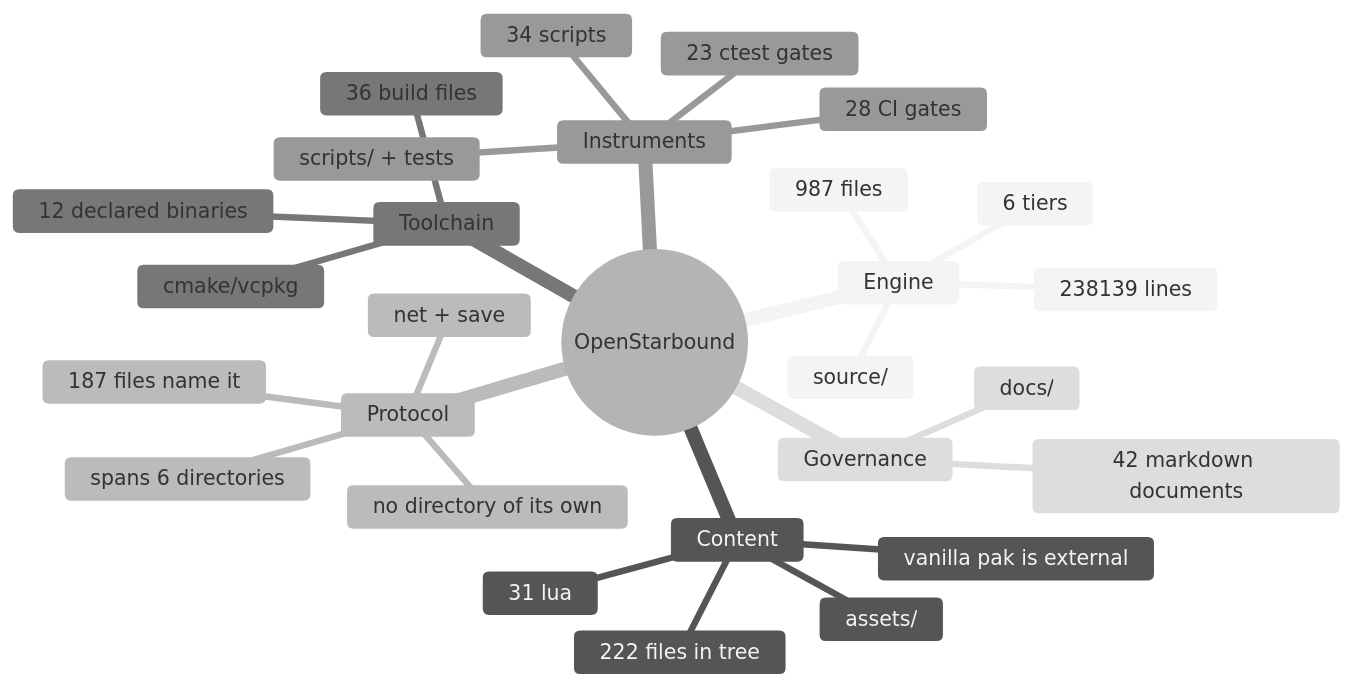
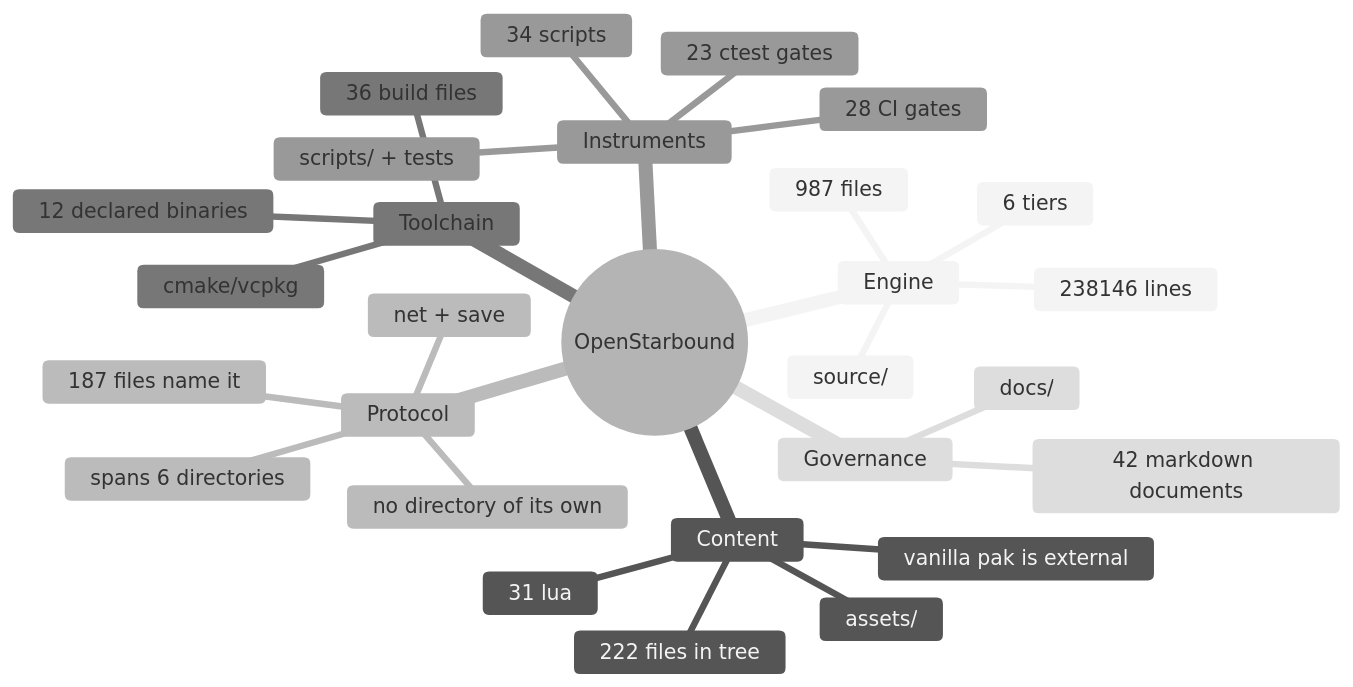
One commit to apnex/OpenStarbound changed the second of 11 diagrams in docs/architecture/system-boundaries.md. Above: the diagram before and after it, drawn with Mermaid (neutral theme). The commit also changed other lines of this file and 4 other files, not shown here.

````diff
--- a/docs/architecture/system-boundaries.md
+++ b/docs/architecture/system-boundaries.md
@@ -166,31 +166,31 @@
 ```mermaid
 mindmap
   root((OpenStarbound))
     Engine
       source/
       987 files
-      238139 lines
+      238146 lines
       6 tiers
     Content
       assets/
       222 files in tree
       31 lua
       vanilla pak is external
     Protocol
       net + save
       187 files name it
       spans 6 directories
       no directory of its own
     Toolchain
       cmake/vcpkg
       36 build files
       12 declared binaries
     Instruments
       scripts/ + tests
       34 scripts
       23 ctest gates
       28 CI gates
     Governance
       docs/
       42 markdown documents
 ```
````
